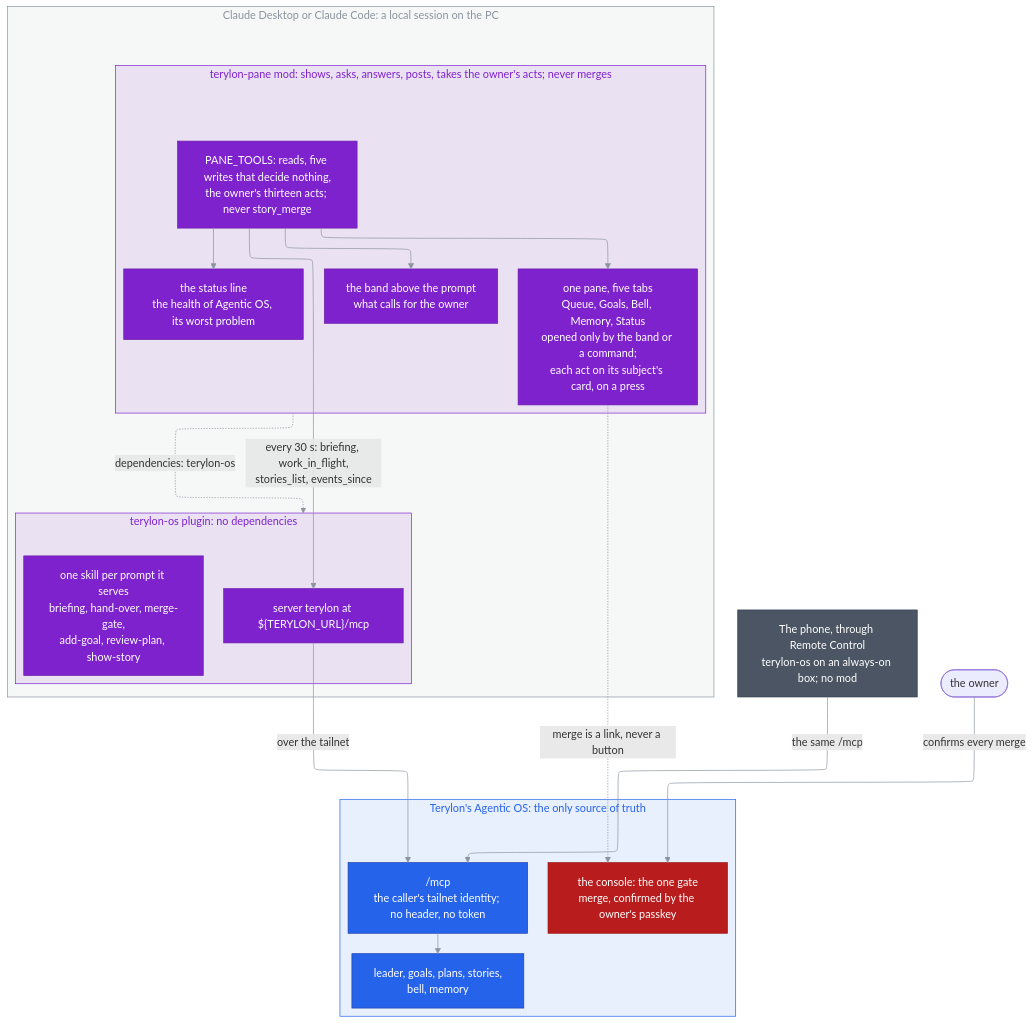
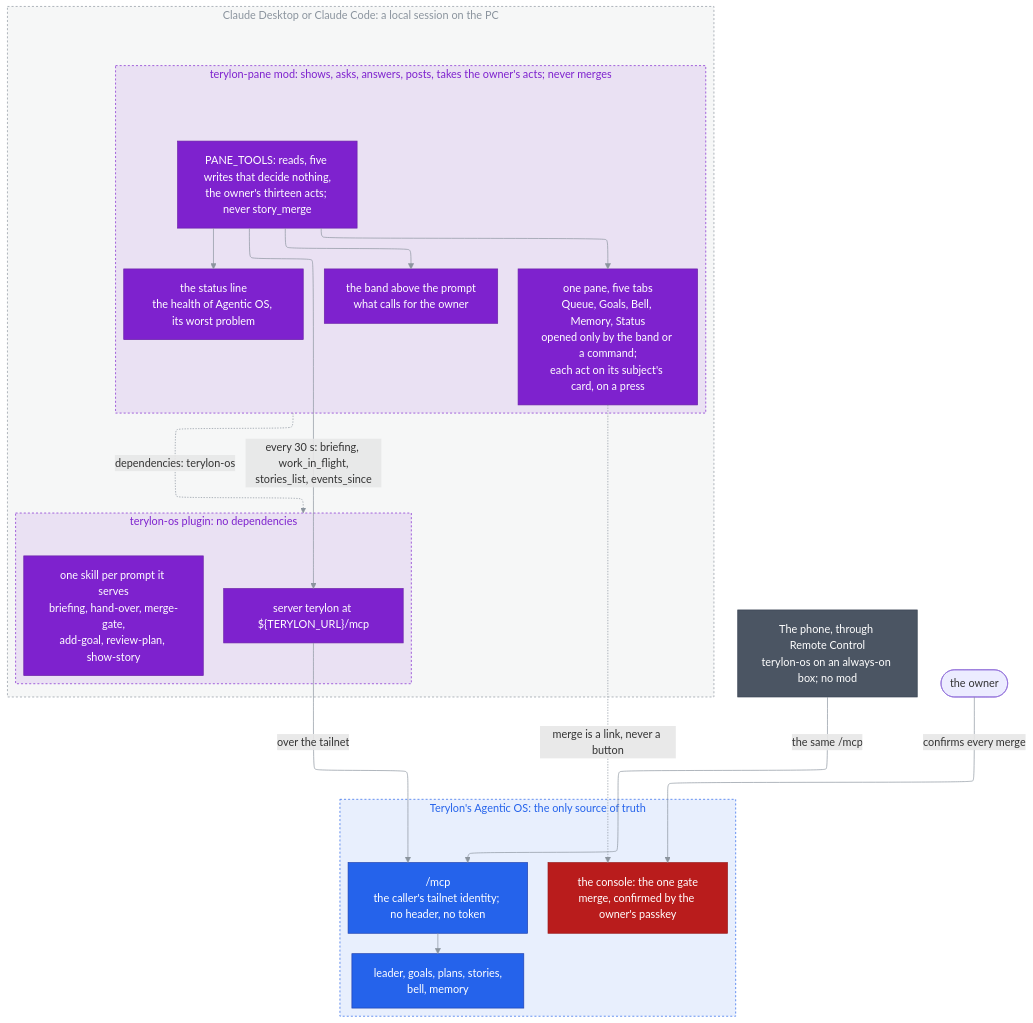
One commit to janecekvit/terylon-marketplace changed the second of 2 diagrams in docs/architecture/README.md. Above: the diagram before and after it, drawn with Mermaid. The commit also changed other lines of this file and 82 other files, not shown here.

First line of the commit message:
Bring every skill to the Agent Skills specification; adopt the comment, documentation and diagram rules (#47)

````diff
--- a/docs/architecture/README.md
+++ b/docs/architecture/README.md
@@ -112,77 +107,72 @@
 ```mermaid
----
-config:
-  layout: elk
-  flowchart:
-    padding: 16
----
+flowchart TD
+%%{init: {"layout": "elk", "flowchart": {"padding": 16}}}%%
 %% terylon-os and its mod terylon-pane: how a session reaches Terylon's Agentic OS, the owner's
 %% acts the pane takes on their cards, and why merge, the one gate, stays in the console.
 %% The source of truth is this block: edit it here; nothing is generated from it.
 %% Why every surface goes through the one /mcp: one-source-of-truth-reached-from-two-places.md.
-flowchart TD
     %% One colour per kind, the palette of .claude/rules/markdown.md: Terylon's own plugins (purple),
     %% Agentic OS (blue), the gate (red), the phone (grey); the owner takes the theme's.
     %% No theme is set, so GitHub draws the block in its light or dark theme.
     classDef terylon fill:#7E22CE,stroke:#6B21A8,color:#FFFFFF
     classDef service fill:#2563EB,stroke:#1E40AF,color:#FFFFFF
     classDef gate fill:#B91C1C,stroke:#991B1B,color:#FFFFFF
     classDef external fill:#4B5563,stroke:#374151,color:#FFFFFF
 
     subgraph session ["Claude Desktop or Claude Code: a local session on the PC"]
         subgraph os ["terylon-os plugin: no dependencies"]
             %% The variable is drawn as written: Mermaid substitutes nothing inside a label.
             server["server terylon at ${TERYLON_URL}/mcp"]:::terylon
             skills["`one skill per prompt it serves
 briefing, hand-over, merge-gate,
 add-goal, review-plan, show-story`"]:::terylon
         end
 
         subgraph pane ["terylon-pane mod: shows, asks, answers, posts, takes the owner's acts; never merges"]
             allowList["`PANE_TOOLS: reads, five writes that decide nothing,
 the owner's thirteen acts; never story_merge`"]:::terylon
             band["`the band above the prompt
 what calls for the owner`"]:::terylon
             statusLine["`the status line
 the health of Agentic OS, its worst problem`"]:::terylon
             tabs["`one pane, five tabs
 Queue, Goals, Bell, Memory, Status
 opened only by the band or a command;
 each act on its subject's card, on a press`"]:::terylon
         end
     end
 
     phone["`The phone, through Remote Control
 terylon-os on an always-on box; no mod`"]:::external
 
     subgraph terylon ["Terylon's Agentic OS: the only source of truth"]
         mcp["`/mcp
 the caller's tailnet identity; no header, no token`"]:::service
         leader["`leader, goals, plans, stories,
 bell, memory`"]:::service
         console["`the console: the one gate
 merge, confirmed by the owner's passkey`"]:::gate
     end
 
     %% No class: the theme colours the owner, so it stays readable in light and dark mode alike.
     person(["the owner"])
 
     pane -.->|"dependencies: terylon-os"| os
     server -->|"over the tailnet"| mcp
     allowList -->|"`every 30 s: briefing, work_in_flight,
 stories_list, events_since`"| server
     allowList --> band
     allowList --> statusLine
     allowList --> tabs
     tabs -.->|"merge is a link, never a button"| console
     phone -->|"the same /mcp"| mcp
     mcp --> leader
     person -->|"confirms every merge"| console
 
     %% The session is the large area, so its fill is the fainter 14.
-    style session fill:#8B949E14,stroke:#8B949E,color:#8B949E
-    style os fill:#7E22CE1A,stroke:#7E22CE,color:#7E22CE
-    style pane fill:#7E22CE1A,stroke:#7E22CE,color:#7E22CE
-    style terylon fill:#2563EB1A,stroke:#2563EB,color:#2563EB
+    style session fill:#8B949E14,stroke:#8B949E,color:#8B949E,stroke-dasharray:3 3
+    style os fill:#7E22CE1A,stroke:#7E22CE,color:#7E22CE,stroke-dasharray:3 3
+    style pane fill:#7E22CE1A,stroke:#7E22CE,color:#7E22CE,stroke-dasharray:3 3
+    style terylon fill:#2563EB1A,stroke:#2563EB,color:#2563EB,stroke-dasharray:3 3
     linkStyle default stroke:#8B949E
 ```
````
